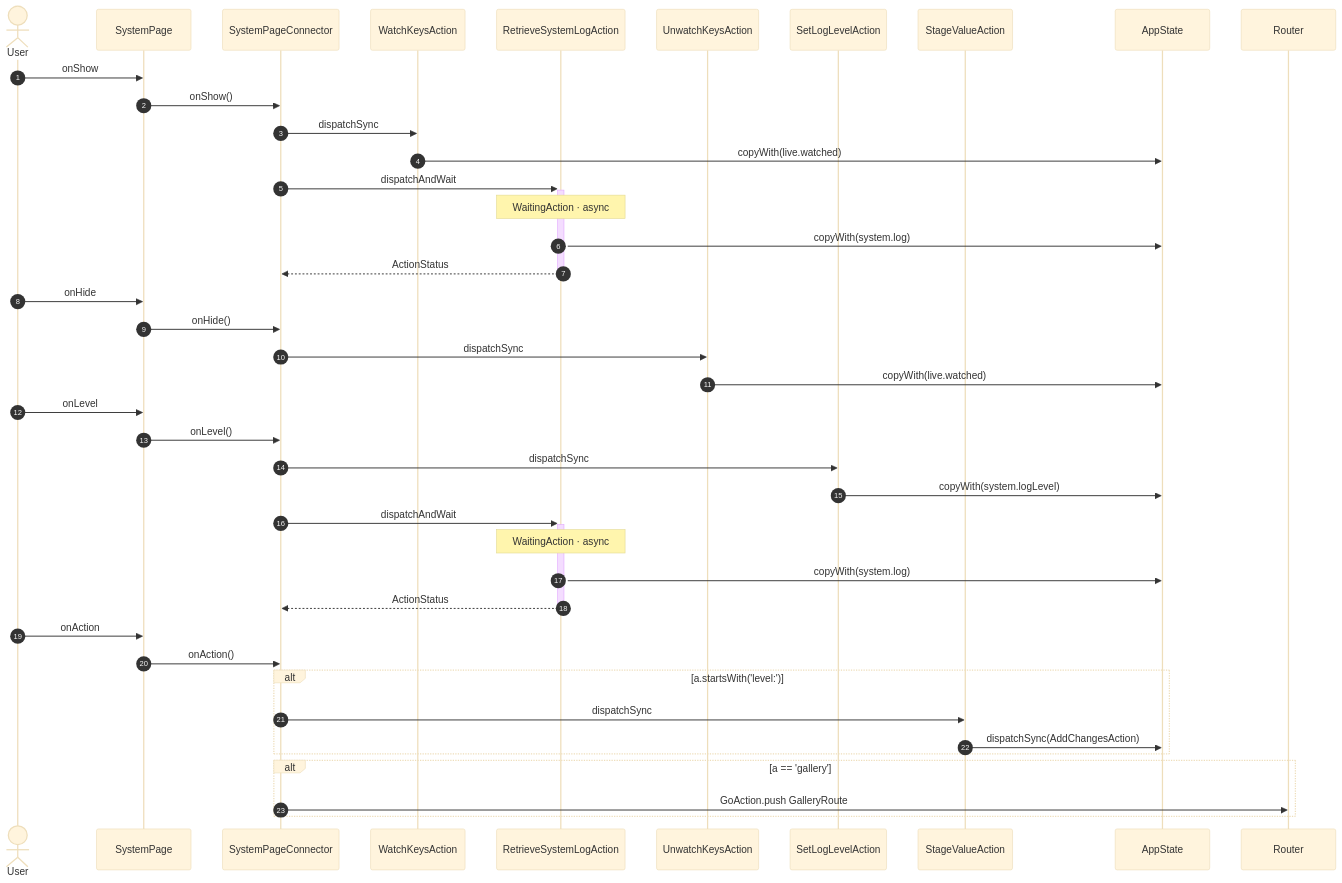
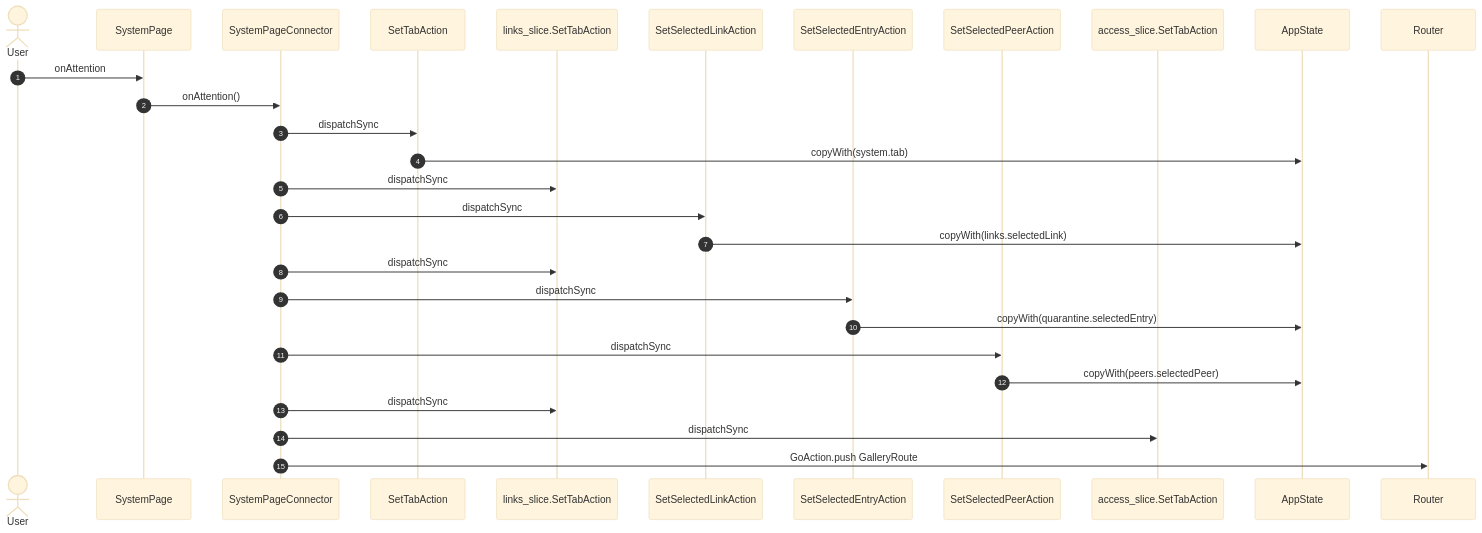
One commit to gencto/wyrm changed diagram 16 of 17 in studio/docs/flows/system.md. Above: the diagram before and after it, drawn with Mermaid (base theme). The commit also changed other lines of this file and 85 other files, not shown here.

````diff
--- a/studio/docs/flows/system.md
+++ b/studio/docs/flows/system.md
@@ -7,47 +355,31 @@
 ```mermaid
 sequenceDiagram
     autonumber
     actor User
     participant UI as SystemPage
     participant VM as SystemPageConnector
-    participant A1 as WatchKeysAction
-    participant A2 as RetrieveSystemLogAction
-    participant A3 as UnwatchKeysAction
-    participant A4 as SetLogLevelAction
-    participant A5 as StageValueAction
+    participant A1 as SetTabAction
+    participant A2 as links_slice.SetTabAction
+    participant A3 as SetSelectedLinkAction
+    participant A4 as SetSelectedEntryAction
+    participant A5 as SetSelectedPeerAction
+    participant A6 as access_slice.SetTabAction
     participant ST as AppState
     participant NAV as Router
 
-    User->>UI: onShow
-    UI->>VM: onShow()
+    User->>UI: onAttention
+    UI->>VM: onAttention()
     VM->>A1: dispatchSync
-    A1->>ST: copyWith(live.watched)
-    VM->>+A2: dispatchAndWait
-    Note over A2: WaitingAction · async
-    A2->>ST: copyWith(system.log)
-    A2-->>-VM: ActionStatus
-
-    User->>UI: onHide
-    UI->>VM: onHide()
+    A1->>ST: copyWith(system.tab)
+    VM->>A2: dispatchSync
     VM->>A3: dispatchSync
-    A3->>ST: copyWith(live.watched)
-
-    User->>UI: onLevel
-    UI->>VM: onLevel()
+    A3->>ST: copyWith(links.selectedLink)
+    VM->>A2: dispatchSync
     VM->>A4: dispatchSync
-    A4->>ST: copyWith(system.logLevel)
-    VM->>+A2: dispatchAndWait
-    Note over A2: WaitingAction · async
-    A2->>ST: copyWith(system.log)
-    A2-->>-VM: ActionStatus
-
-    User->>UI: onAction
-    UI->>VM: onAction()
-    alt a.startsWith('level:')
-        VM->>A5: dispatchSync
-        A5->>ST: dispatchSync(AddChangesAction)
-    end
-    alt a == 'gallery'
-        VM->>NAV: GoAction.push GalleryRoute
-    end
+    A4->>ST: copyWith(quarantine.selectedEntry)
+    VM->>A5: dispatchSync
+    A5->>ST: copyWith(peers.selectedPeer)
+    VM->>A2: dispatchSync
+    VM->>A6: dispatchSync
+    VM->>NAV: GoAction.push GalleryRoute
 ```
````
